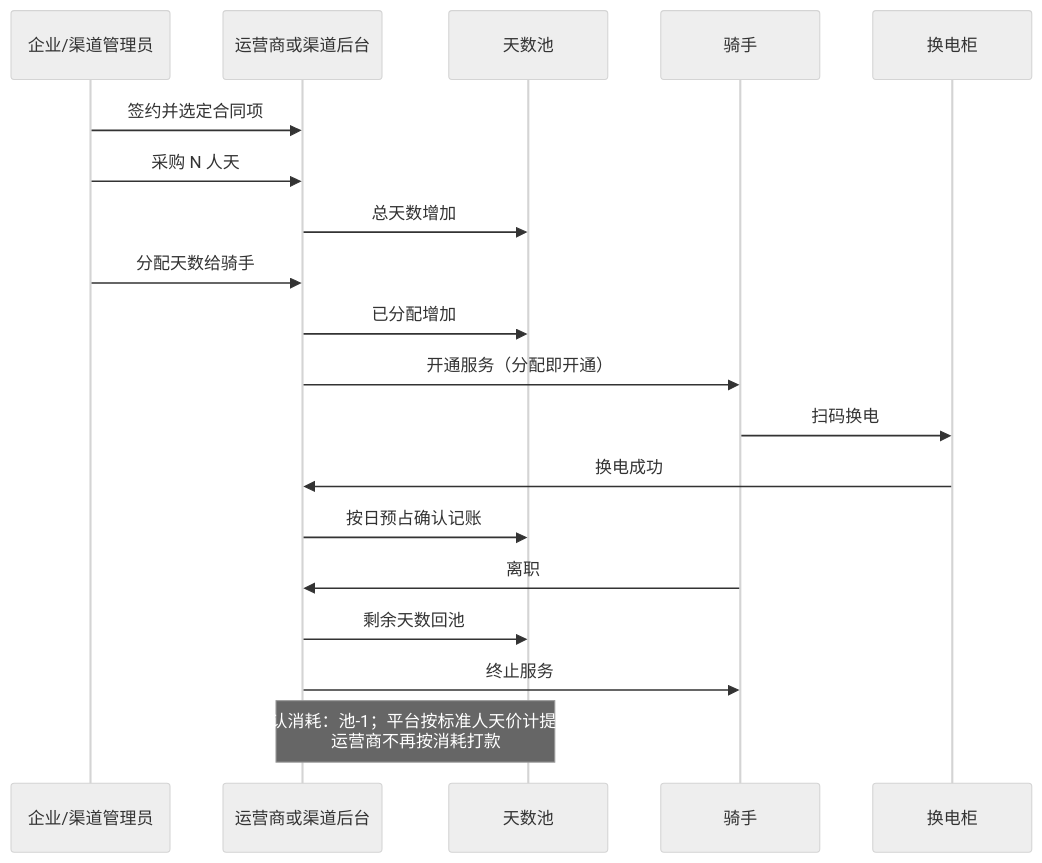
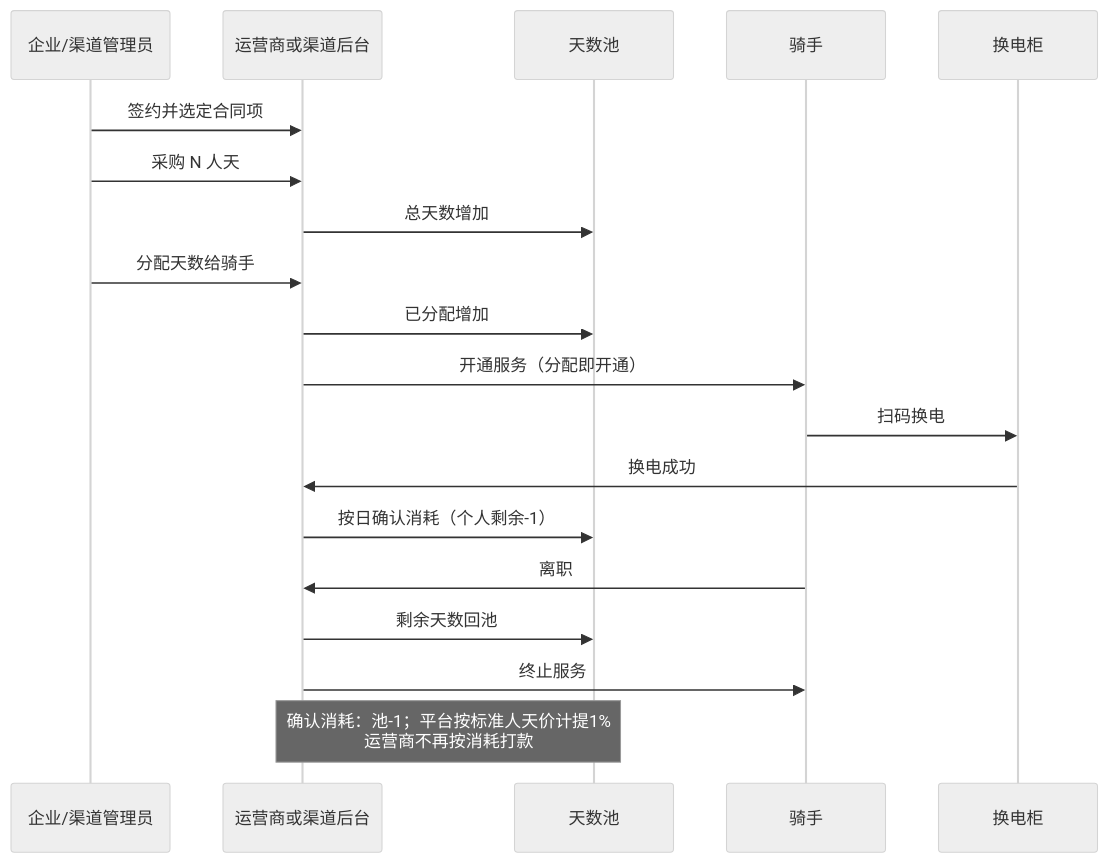
Before and after one commit to liudali/rider-swap-operator-prototype: the diagram in docs/天数池.md, drawn with Mermaid (neutral theme). The commit also changed other lines of this file and 36 other files, not shown here.

````diff
--- a/docs/天数池.md
+++ b/docs/天数池.md
@@ -163,26 +163,26 @@
 ```mermaid
 sequenceDiagram
   participant E as 企业/渠道管理员
   participant BO as 运营商或渠道后台
   participant Pool as 天数池
   participant R as 骑手
   participant IoT as 换电柜
 
   E->>BO: 签约并选定合同项
   E->>BO: 采购 N 人天
   BO->>Pool: 总天数增加
 
   E->>BO: 分配天数给骑手
   BO->>Pool: 已分配增加
   BO->>R: 开通服务（分配即开通）
 
   R->>IoT: 扫码换电
   IoT->>BO: 换电成功
-  BO->>Pool: 按日预占确认记账
+  BO->>Pool: 按日确认消耗（个人剩余-1）
 
   R->>BO: 离职
   BO->>Pool: 剩余天数回池
   BO->>R: 终止服务
 
   Note over BO,Pool: 确认消耗：池-1；平台按标准人天价计提1%<br/>运营商不再按消耗打款
 ```
````
